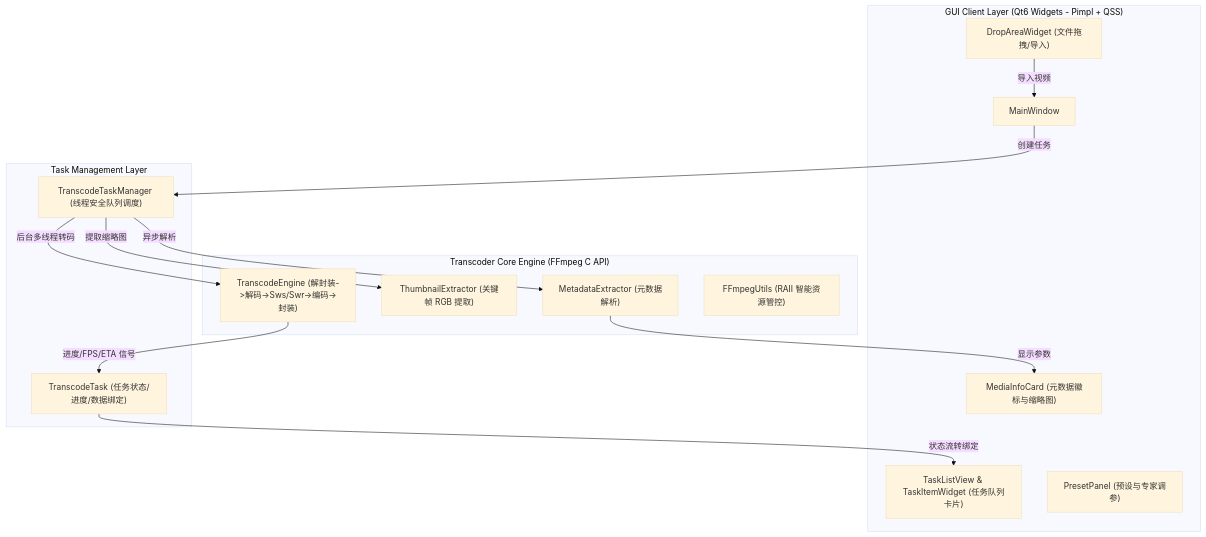
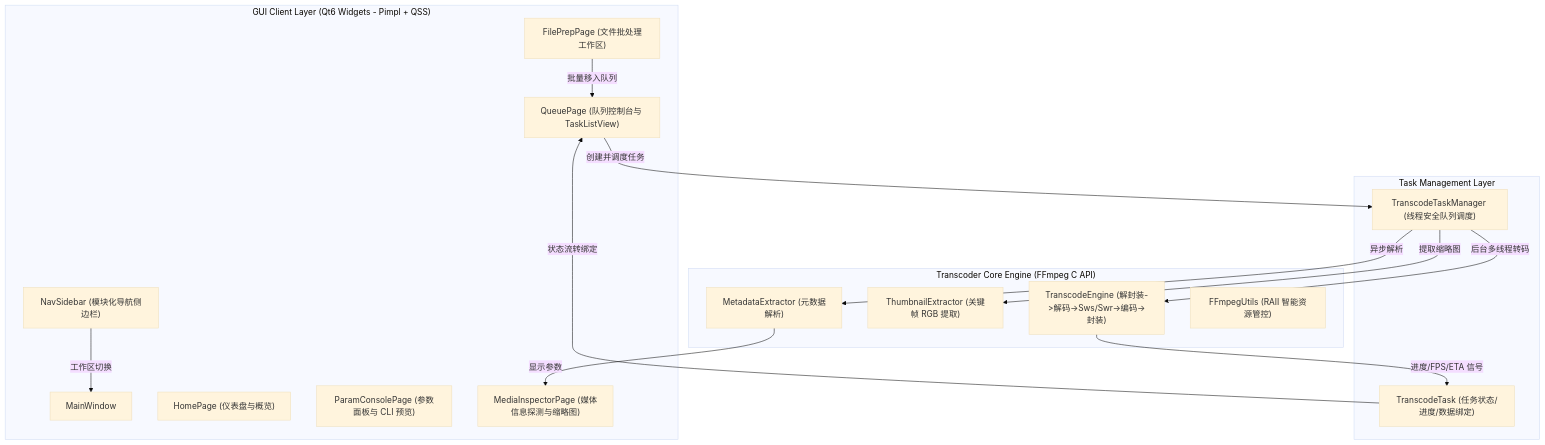
Before and after one commit to hammerers/ffmpegTransCoder: the diagram in README.md, drawn with Mermaid (base theme). The commit also changed other lines of this file and 16 other files, not shown here.

````diff
--- a/README.md
+++ b/README.md
@@ -47,31 +59,34 @@
 ```mermaid
 graph TD
     subgraph UI ["GUI Client Layer (Qt6 Widgets - Pimpl + QSS)"]
         MainWindow["MainWindow"]
-        DropArea["DropAreaWidget (文件拖拽/导入)"]
-        TaskListView["TaskListView & TaskItemWidget (任务队列卡片)"]
-        MediaInfoCard["MediaInfoCard (元数据徽标与缩略图)"]
-        PresetPanel["PresetPanel (预设与专家调参)"]
+        NavSidebar["NavSidebar (模块化导航侧边栏)"]
+        HomePage["HomePage (仪表盘与概览)"]
+        QueuePage["QueuePage (队列控制台与 TaskListView)"]
+        FilePrepPage["FilePrepPage (文件批处理工作区)"]
+        ParamConsolePage["ParamConsolePage (参数面板与 CLI 预览)"]
+        MediaInspectorPage["MediaInspectorPage (媒体信息探测与缩略图)"]
     end
 
     subgraph Manager ["Task Management Layer"]
         TaskManager["TranscodeTaskManager (线程安全队列调度)"]
         TaskEntity["TranscodeTask (任务状态/进度/数据绑定)"]
     end
 
     subgraph CoreEngine ["Transcoder Core Engine (FFmpeg C API)"]
         MetadataExtractor["MetadataExtractor (元数据解析)"]
         ThumbnailExtractor["ThumbnailExtractor (关键帧 RGB 提取)"]
         TranscodeEngine["TranscodeEngine (解封装->解码->Sws/Swr->编码->封装)"]
         FFmpegUtils["FFmpegUtils (RAII 智能资源管控)"]
     end
 
-    DropArea -->|导入视频| MainWindow
-    MainWindow -->|创建任务| TaskManager
+    NavSidebar -->|工作区切换| MainWindow
+    FilePrepPage -->|批量移入队列| QueuePage
+    QueuePage -->|创建并调度任务| TaskManager
     TaskManager -->|异步解析| MetadataExtractor
     TaskManager -->|提取缩略图| ThumbnailExtractor
     TaskManager -->|后台多线程转码| TranscodeEngine
     TranscodeEngine -->|进度/FPS/ETA 信号| TaskEntity
-    TaskEntity -->|状态流转绑定| TaskListView
-    MetadataExtractor -->|显示参数| MediaInfoCard
+    TaskEntity -->|状态流转绑定| QueuePage
+    MetadataExtractor -->|显示参数| MediaInspectorPage
 ```
````
